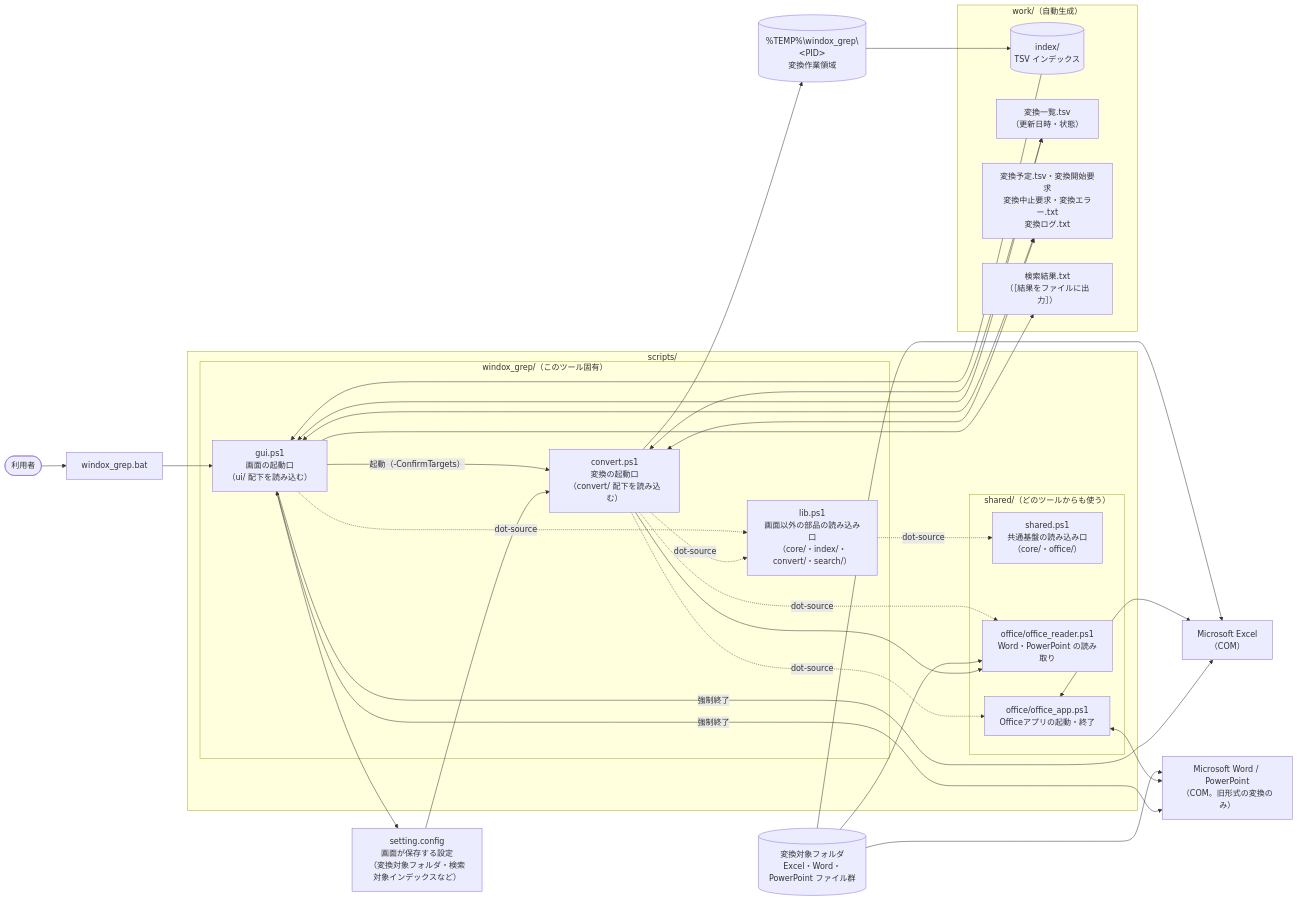
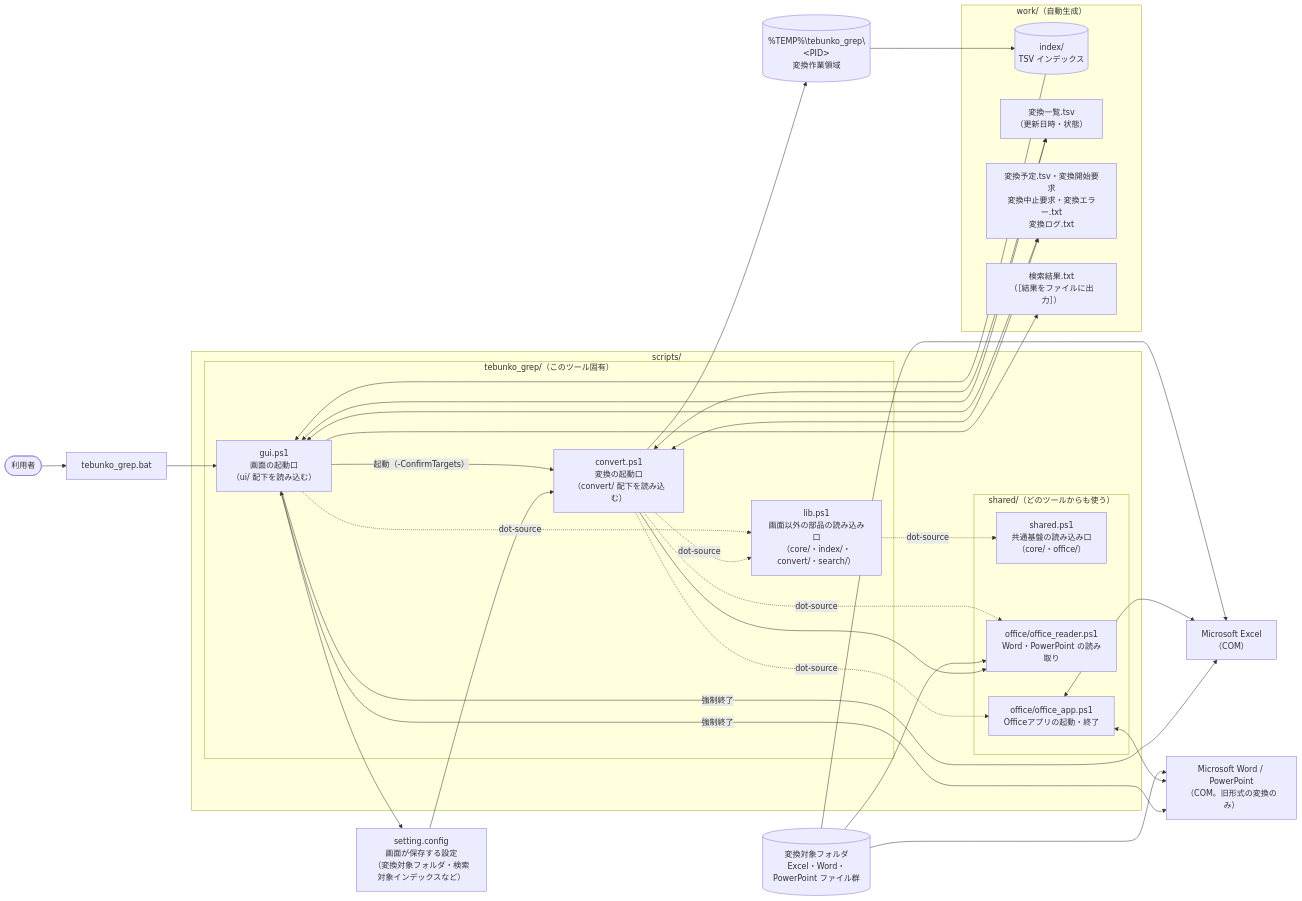
Before and after one commit to hsgwa/tebunko: the first of 2 diagrams in docs/00_index.md, drawn with Mermaid. The commit also changed other lines of this file and 108 other files, not shown here.

First line of the commit message:
リポジトリ名を tebunko にし、ツール名を tebunko_grep へ改める

````diff
--- a/docs/00_index.md
+++ b/docs/00_index.md
@@ -72,56 +72,56 @@
 ```mermaid
 flowchart LR
     user(["利用者"])
 
-    bat["windox_grep.bat"]
+    bat["tebunko_grep.bat"]
 
     subgraph scripts["scripts/"]
-        subgraph tool["windox_grep/（このツール固有）"]
+        subgraph tool["tebunko_grep/（このツール固有）"]
             gui["gui.ps1<br>画面の起動口<br>（ui/ 配下を読み込む）"]
             conv["convert.ps1<br>変換の起動口<br>（convert/ 配下を読み込む）"]
             common["lib.ps1<br>画面以外の部品の読み込み口<br>（core/・index/・convert/・search/）"]
         end
         subgraph sh["shared/（どのツールからも使う）"]
             shared["shared.ps1<br>共通基盤の読み込み口<br>（core/・office/）"]
             reader["office/office_reader.ps1<br>Word・PowerPoint の読み取り"]
             app["office/office_app.ps1<br>Officeアプリの起動・終了"]
         end
     end
 
     c1["setting.config<br>画面が保存する設定<br>（変換対象フォルダ・検索対象インデックスなど）"]
 
     subgraph work["work/（自動生成）"]
         idx[("index/<br>TSV インデックス")]
         status["変換一覧.tsv<br>（更新日時・状態）"]
         ctl["変換予定.tsv・変換開始要求<br>変換中止要求・変換エラー.txt<br>変換ログ.txt"]
         out["検索結果.txt<br>（［結果をファイルに出力］）"]
     end
 
-    tmp[("%TEMP%\windox_grep\#lt;PID#gt;<br>変換作業領域")]
+    tmp[("%TEMP%\tebunko_grep\#lt;PID#gt;<br>変換作業領域")]
     src[("変換対象フォルダ<br>Excel・Word・PowerPoint ファイル群")]
     excel["Microsoft Excel<br>（COM）"]
     office["Microsoft Word / PowerPoint<br>（COM。旧形式の変換のみ）"]
 
     user --> bat --> gui
     gui -- "起動（-ConfirmTargets）" --> conv
     gui -. "dot-source" .-> common
     conv -. "dot-source" .-> common
     common -. "dot-source" .-> shared
     conv -. "dot-source" .-> reader
     conv -. "dot-source" .-> app
 
     gui <--> c1
     c1 --> conv
     src --> excel & office & reader
     app <--> excel
     app <--> office
     conv --> reader
     conv <--> status
     gui <--> status & ctl
     conv <--> ctl
     conv --> tmp --> idx
 
     idx --> gui
     gui --> out
     gui -- "強制終了" --> excel & office
 ```
````
